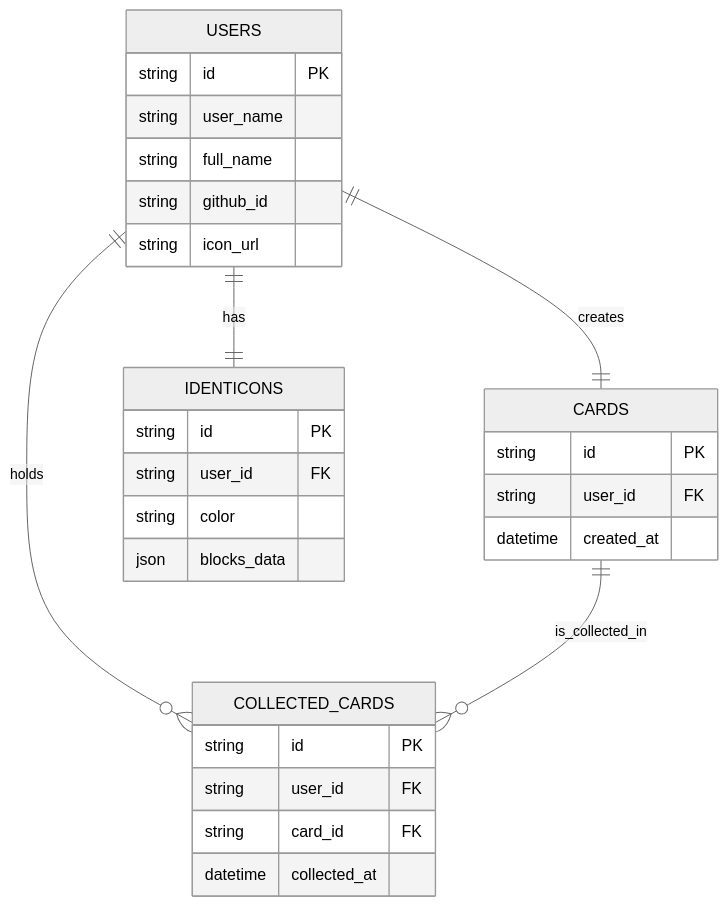
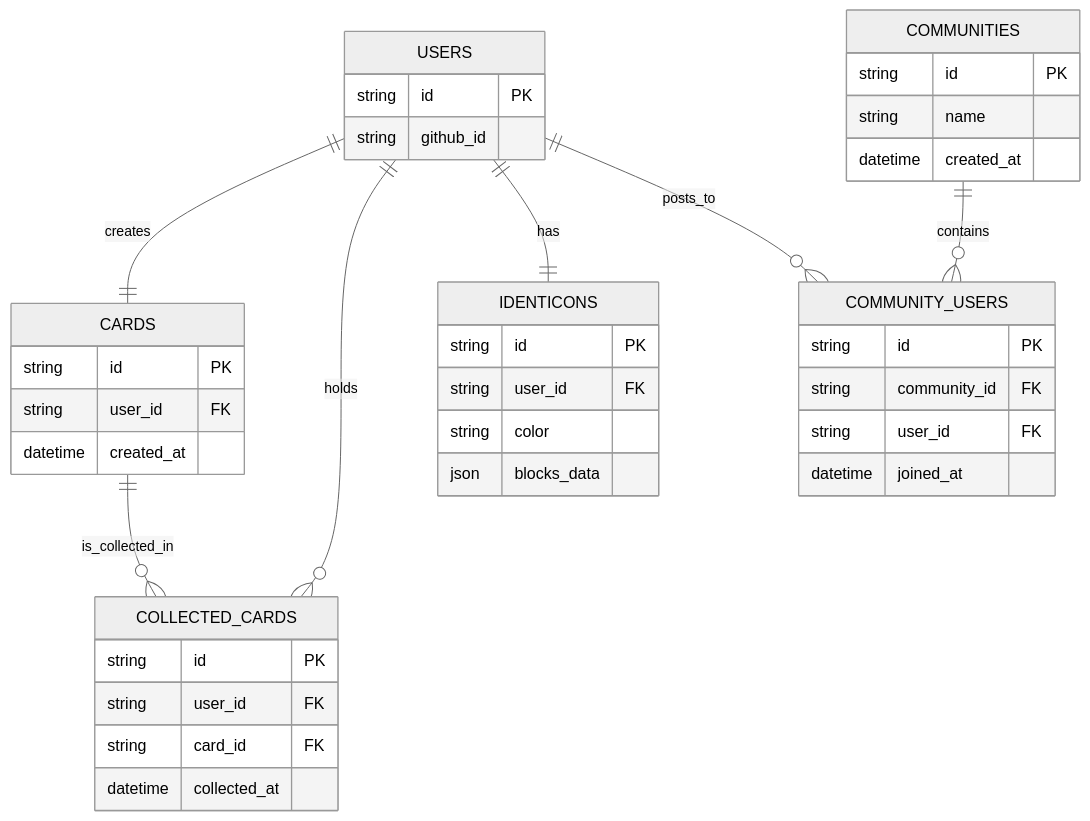
Before and after one commit to furarico/octo-deck-api: the diagram in docs/er.md, drawn with Mermaid (neutral theme).

Commit message:
ER図にコミュニティ追加，ユーザ更新 (#46)
* ER図にコミュニティ追加，ユーザ更新

* add name

* remove description

* fic userid

* update model

* change name

* change name

* change name

````diff
--- a/docs/er.md
+++ b/docs/er.md
@@ -3,35 +3,47 @@
 ```mermaid
 erDiagram
     USERS {
         string id PK
-        string user_name
-        string full_name
         string github_id
-        string icon_url
     }
 
     CARDS {
         string id PK
         string user_id FK
         datetime created_at
     }
 
     COLLECTED_CARDS {
         string id PK
         string user_id FK
         string card_id FK
         datetime collected_at
     }
 
     IDENTICONS {
         string id PK
         string user_id FK
         string color
         json blocks_data
     }
 
+    COMMUNITIES {
+        string id PK
+        string name
+        datetime created_at
+    }
+
+    COMMUNITY_USERS {
+    string id PK
+    string community_id FK
+    string user_id FK
+    datetime joined_at
+}
+
     USERS ||--|| CARDS : creates
     USERS ||--o{ COLLECTED_CARDS : holds
     CARDS ||--o{ COLLECTED_CARDS : is_collected_in
     USERS ||--|| IDENTICONS : has
+    USERS ||--o{ COMMUNITY_USERS : posts_to
+    COMMUNITIES ||--o{ COMMUNITY_USERS : contains
 ```
````
